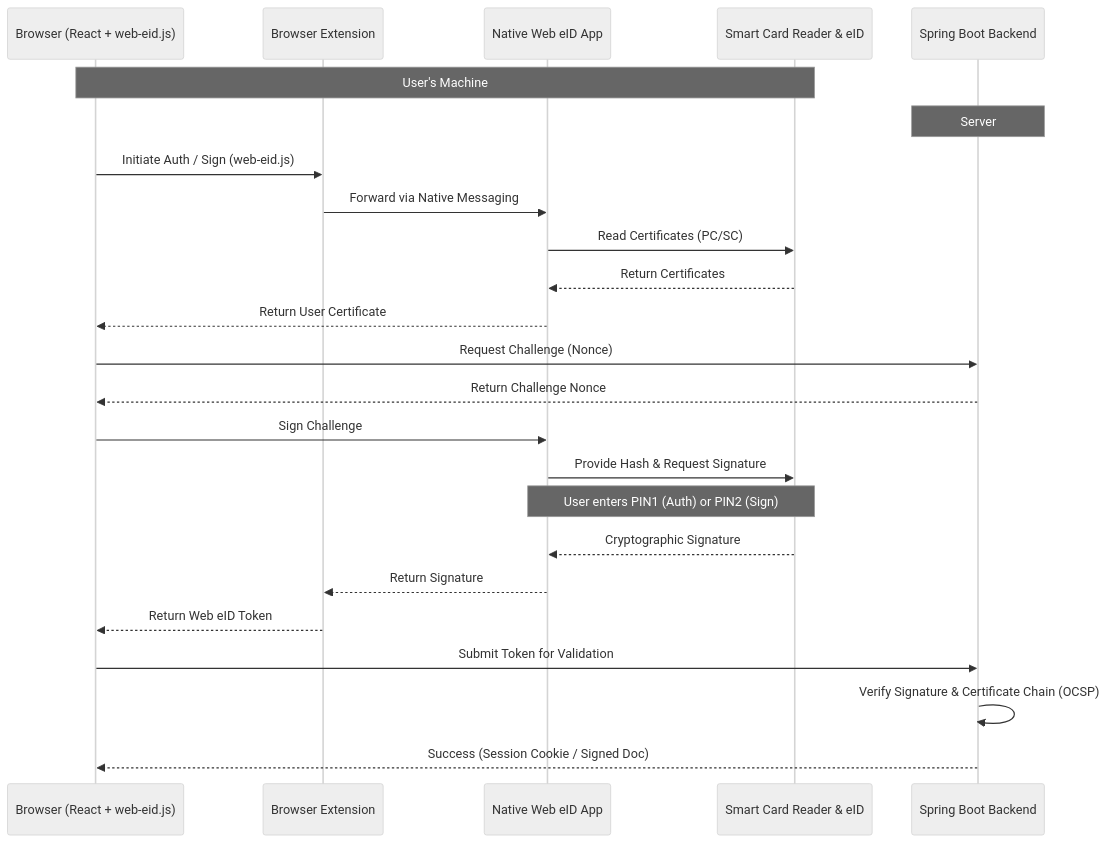
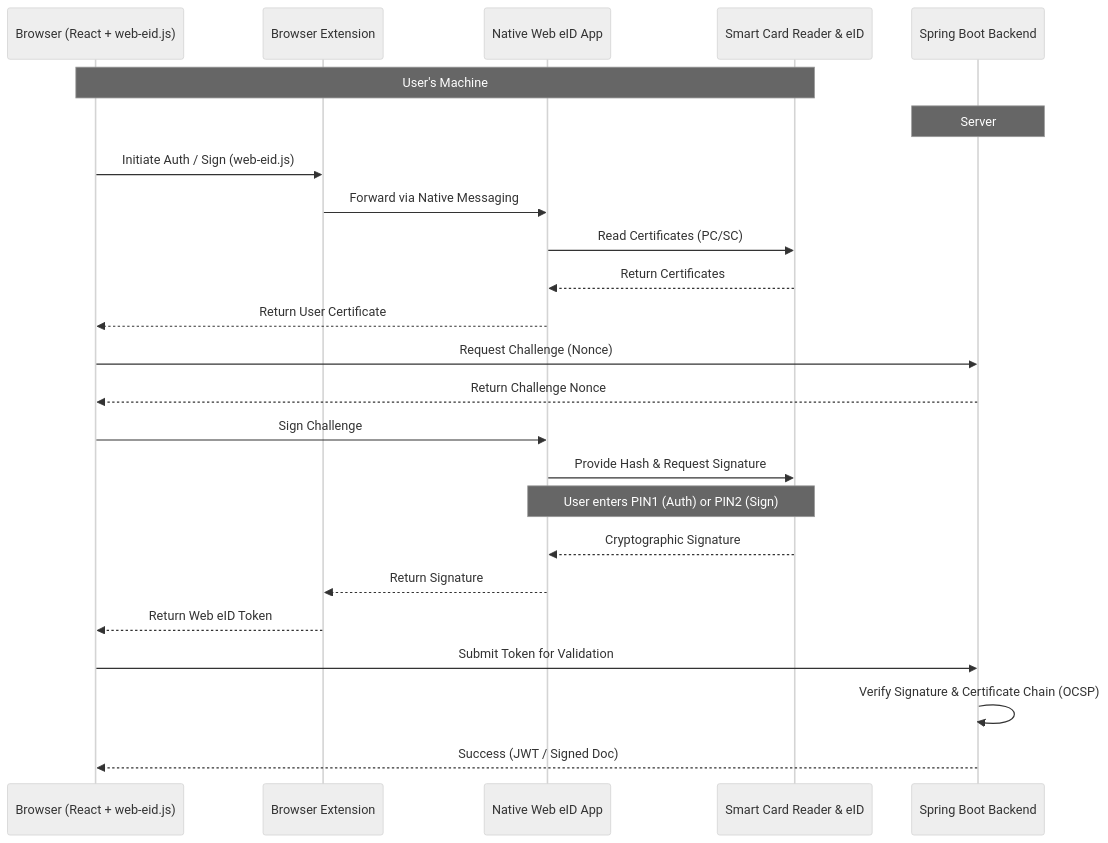
The diagram in web-eid-demo/docs/architecture.md (Majdzapa/EID), drawn with Mermaid (neutral theme) before and after one commit. The commit also changed other lines of this file and 5 other files, not shown here.

````diff
--- a/web-eid-demo/docs/architecture.md
+++ b/web-eid-demo/docs/architecture.md
@@ -23,28 +23,28 @@
 ```mermaid
 sequenceDiagram
     participant B as Browser (React + web-eid.js)
     participant E as Browser Extension
     participant N as Native Web eID App
     participant C as Smart Card Reader & eID
     participant S as Spring Boot Backend
 
     Note over B,C: User's Machine
     Note over S: Server
 
     B->>E: Initiate Auth / Sign (web-eid.js)
     E->>N: Forward via Native Messaging
     N->>C: Read Certificates (PC/SC)
     C-->>N: Return Certificates
     N-->>B: Return User Certificate
     B->>S: Request Challenge (Nonce)
     S-->>B: Return Challenge Nonce
     B->>N: Sign Challenge
     N->>C: Provide Hash & Request Signature
     Note over N,C: User enters PIN1 (Auth) or PIN2 (Sign)
     C-->>N: Cryptographic Signature
     N-->>E: Return Signature
     E-->>B: Return Web eID Token
     B->>S: Submit Token for Validation
     S->>S: Verify Signature & Certificate Chain (OCSP)
-    S-->>B: Success (Session Cookie / Signed Doc)
+    S-->>B: Success (JWT / Signed Doc)
 ```
````
